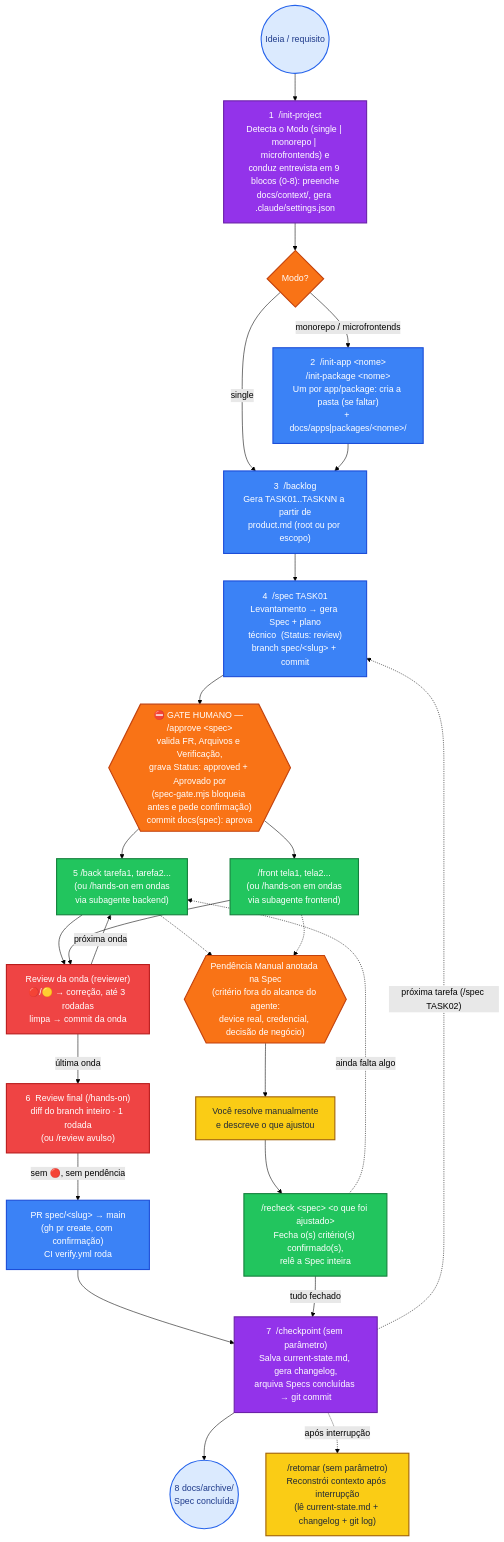
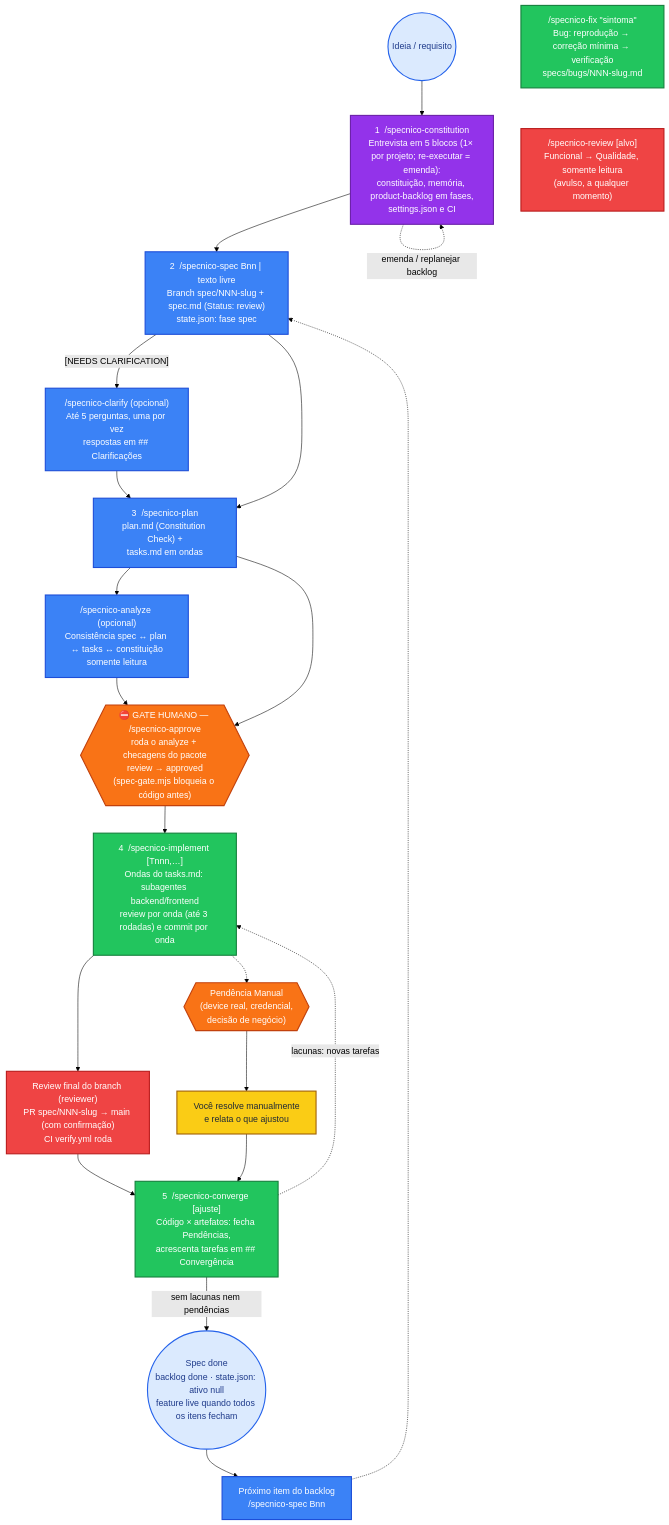
One commit to robertourias/scaffold-ia-projetos changed the diagram in meta/assets/fluxo-workflow.mmd. Above: the diagram before and after it, drawn with Mermaid (forest theme). The commit also changed 139 other files, not shown here.

```diff
--- a/meta/assets/fluxo-workflow.mmd
+++ b/meta/assets/fluxo-workflow.mmd
@@ -1,56 +1,48 @@
 graph TD
   Start(("Ideia / requisito"))
-  Init["1  /init-project<br/>Detecta o Modo (single | monorepo | microfrontends) e<br/>conduz entrevista em 9 blocos (0-8): preenche<br/>docs/context/, gera .claude/settings.json"]
-  Modo{"Modo?"}
-  InitUnits["2  /init-app &lt;nome&gt;<br/>/init-package &lt;nome&gt;<br/>Um por app/package: cria a pasta (se faltar)<br/>+ docs/apps|packages/&lt;nome&gt;/"]
-  Backlog["3  /backlog<br/>Gera TASK01..TASKNN a partir de<br/>product.md (root ou por escopo)"]
-  Spec["4  /spec TASK01<br/>Levantamento → gera Spec + plano<br/>técnico  (Status: review)<br/>branch spec/&lt;slug&gt; + commit"]
-  Gate{{"⛔ GATE HUMANO — /approve &lt;spec&gt;<br/>valida FR, Arquivos e Verificação,<br/>grava Status: approved + Aprovado por<br/>(spec-gate.mjs bloqueia antes e pede confirmação)<br/>commit docs(spec): aprova"}}
-  Back["5  /back tarefa1, tarefa2...<br/>(ou /hands-on em ondas<br/>via subagente backend)"]
-  Front["/front tela1, tela2...<br/>(ou /hands-on em ondas<br/>via subagente frontend)"]
-  WaveReview["Review da onda (reviewer)<br/>🔴/🟡 → correção, até 3 rodadas<br/>limpa → commit da onda"]
-  Pend{{"Pendência Manual anotada na Spec<br/>(critério fora do alcance do agente:<br/>device real, credencial, decisão de negócio)"}}
-  Resolve["Você resolve manualmente<br/>e descreve o que ajustou"]
-  Recheck["/recheck &lt;spec&gt; &lt;o que foi ajustado&gt;<br/>Fecha o(s) critério(s) confirmado(s),<br/>relê a Spec inteira"]
-  Review["6  Review final (/hands-on)<br/>diff do branch inteiro · 1 rodada<br/>(ou /review avulso)"]
-  PR["PR spec/&lt;slug&gt; → main<br/>(gh pr create, com confirmação)<br/>CI verify.yml roda"]
-  Checkpoint["7  /checkpoint (sem parâmetro)<br/>Salva current-state.md, gera changelog,<br/>arquiva Specs concluídas → git commit"]
-  Archive(("8  docs/archive/<br/>Spec concluída"))
-  Retomar["/retomar (sem parâmetro)<br/>Reconstrói contexto após interrupção<br/>(lê current-state.md + changelog + git log)"]
+  Const["1  /specnico-constitution<br/>Entrevista em 5 blocos (1× por projeto; re-executar = emenda):<br/>constituição, memória, product-backlog em fases,<br/>settings.json e CI"]
+  Spec["2  /specnico-spec Bnn | texto livre<br/>Branch spec/NNN-slug + spec.md (Status: review)<br/>state.json: fase spec"]
+  Clarify["/specnico-clarify (opcional)<br/>Até 5 perguntas, uma por vez<br/>respostas em ## Clarificações"]
+  Plan["3  /specnico-plan<br/>plan.md (Constitution Check) +<br/>tasks.md em ondas"]
+  Analyze["/specnico-analyze (opcional)<br/>Consistência spec ↔ plan ↔ tasks ↔ constituição<br/>somente leitura"]
+  Gate{{"⛔ GATE HUMANO — /specnico-approve<br/>roda o analyze + checagens do pacote<br/>review → approved<br/>(spec-gate.mjs bloqueia o código antes)"}}
+  Impl["4  /specnico-implement [Tnnn,…]<br/>Ondas do tasks.md: subagentes backend/frontend<br/>review por onda (até 3 rodadas) e commit por onda"]
+  Pend{{"Pendência Manual<br/>(device real, credencial,<br/>decisão de negócio)"}}
+  Resolve["Você resolve manualmente<br/>e relata o que ajustou"]
+  FinalReview["Review final do branch (reviewer)<br/>PR spec/NNN-slug → main (com confirmação)<br/>CI verify.yml roda"]
+  Conv["5  /specnico-converge [ajuste]<br/>Código × artefatos: fecha Pendências,<br/>acrescenta tarefas em ## Convergência"]
+  Done(("Spec done<br/>backlog done · state.json: ativo null<br/>feature live quando todos os itens fecham"))
+  Fix["/specnico-fix &quot;sintoma&quot;<br/>Bug: reprodução → correção mínima → verificação<br/>specs/bugs/NNN-slug.md"]
+  Review["/specnico-review [alvo]<br/>Funcional → Qualidade, somente leitura<br/>(avulso, a qualquer momento)"]
+  Next["Próximo item do backlog<br/>/specnico-spec Bnn"]
 
-  Start --> Init --> Modo
-  Modo -->|single| Backlog
-  Modo -->|monorepo / microfrontends| InitUnits --> Backlog
-  Backlog --> Spec --> Gate
-  Gate --> Back
-  Gate --> Front
-  Back --> WaveReview
-  Front --> WaveReview
-  WaveReview -->|próxima onda| Back
-  WaveReview -->|última onda| Review
-  Back -.-> Pend
-  Front -.-> Pend
-  Pend --> Resolve --> Recheck
-  Recheck -. ainda falta algo .-> Back
-  Review -->|sem 🔴, sem pendência| PR
-  PR --> Checkpoint
-  Recheck -->|tudo fechado| Checkpoint
-  Checkpoint --> Archive
-  Checkpoint -. "próxima tarefa (/spec TASK02)" .-> Spec
-  Checkpoint -. após interrupção .-> Retomar
+  Start --> Const --> Spec
+  Spec -->|"[NEEDS CLARIFICATION]"| Clarify --> Plan
+  Spec --> Plan
+  Plan --> Analyze --> Gate
+  Plan --> Gate
+  Gate --> Impl
+  Impl --> FinalReview --> Conv
+  Impl -.-> Pend --> Resolve --> Conv
+  Conv -. "lacunas: novas tarefas" .-> Impl
+  Conv -->|"sem lacunas nem pendências"| Done
+  Done --> Next
+  Next -.-> Spec
+  Const -. "emenda / replanejar backlog" .-> Const
+  Fix ~~~ Review
 
   classDef start fill:#dbeafe,stroke:#2563eb,stroke-width:2px,color:#1e3a8a;
   classDef initStyle fill:#9333ea,stroke:#6b21a8,stroke-width:2px,color:#ffffff;
   classDef flowStyle fill:#3b82f6,stroke:#1d4ed8,stroke-width:2px,color:#ffffff;
   classDef gateStyle fill:#f97316,stroke:#c2410c,stroke-width:2px,color:#ffffff;
   classDef workStyle fill:#22c55e,stroke:#15803d,stroke-width:2px,color:#ffffff;
   classDef reviewStyle fill:#ef4444,stroke:#b91c1c,stroke-width:2px,color:#ffffff;
   classDef noteStyle fill:#facc15,stroke:#a16207,stroke-width:2px,color:#1f2937;
 
-  class Start,Archive start;
-  class Init,Checkpoint initStyle;
-  class Modo,Gate,Pend gateStyle;
-  class InitUnits,Backlog,Spec,PR flowStyle;
-  class Back,Front,Recheck workStyle;
-  class Review,WaveReview reviewStyle;
-  class Resolve,Retomar noteStyle;
+  class Start,Done start;
+  class Const initStyle;
+  class Gate,Pend gateStyle;
+  class Spec,Clarify,Plan,Analyze,Next flowStyle;
+  class Impl,Conv,Fix workStyle;
+  class Review,FinalReview reviewStyle;
+  class Resolve noteStyle;
```
